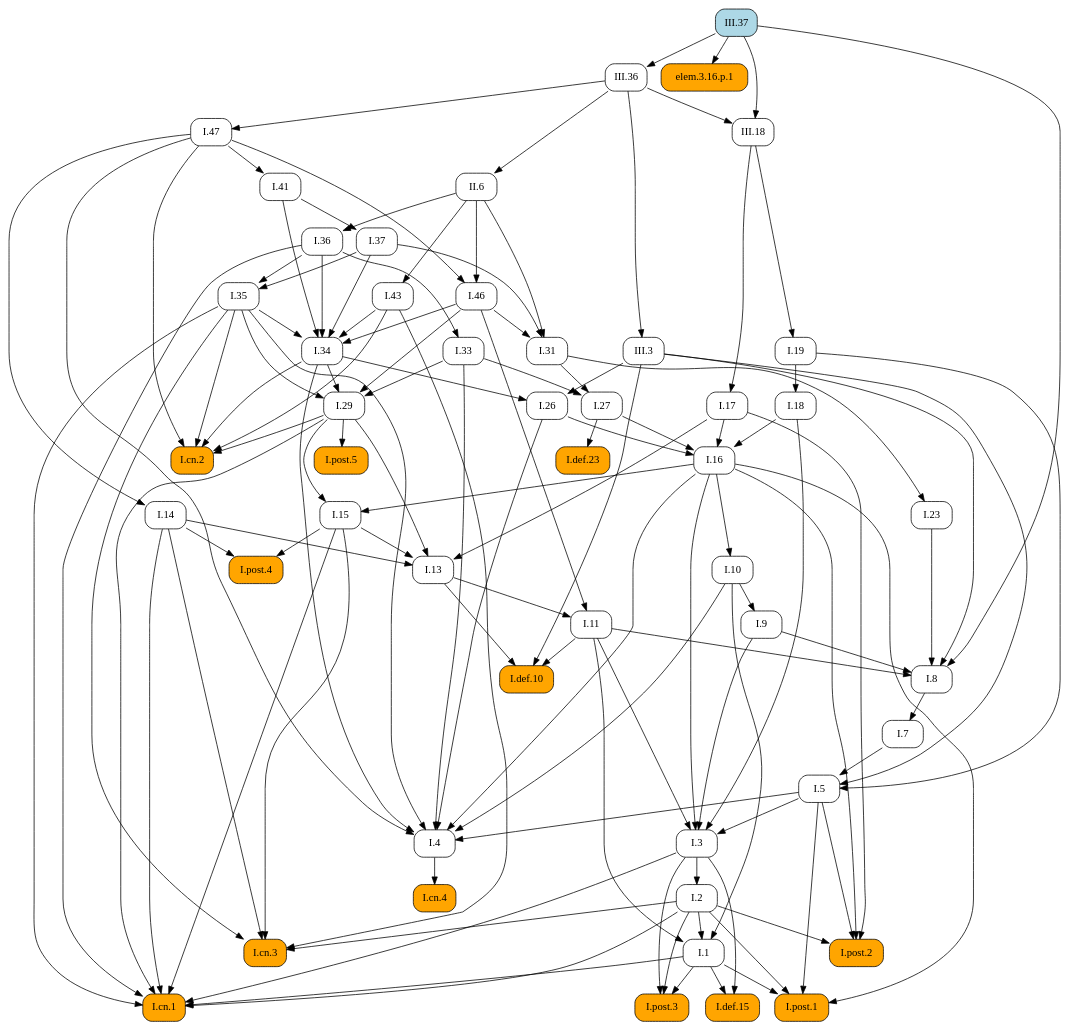
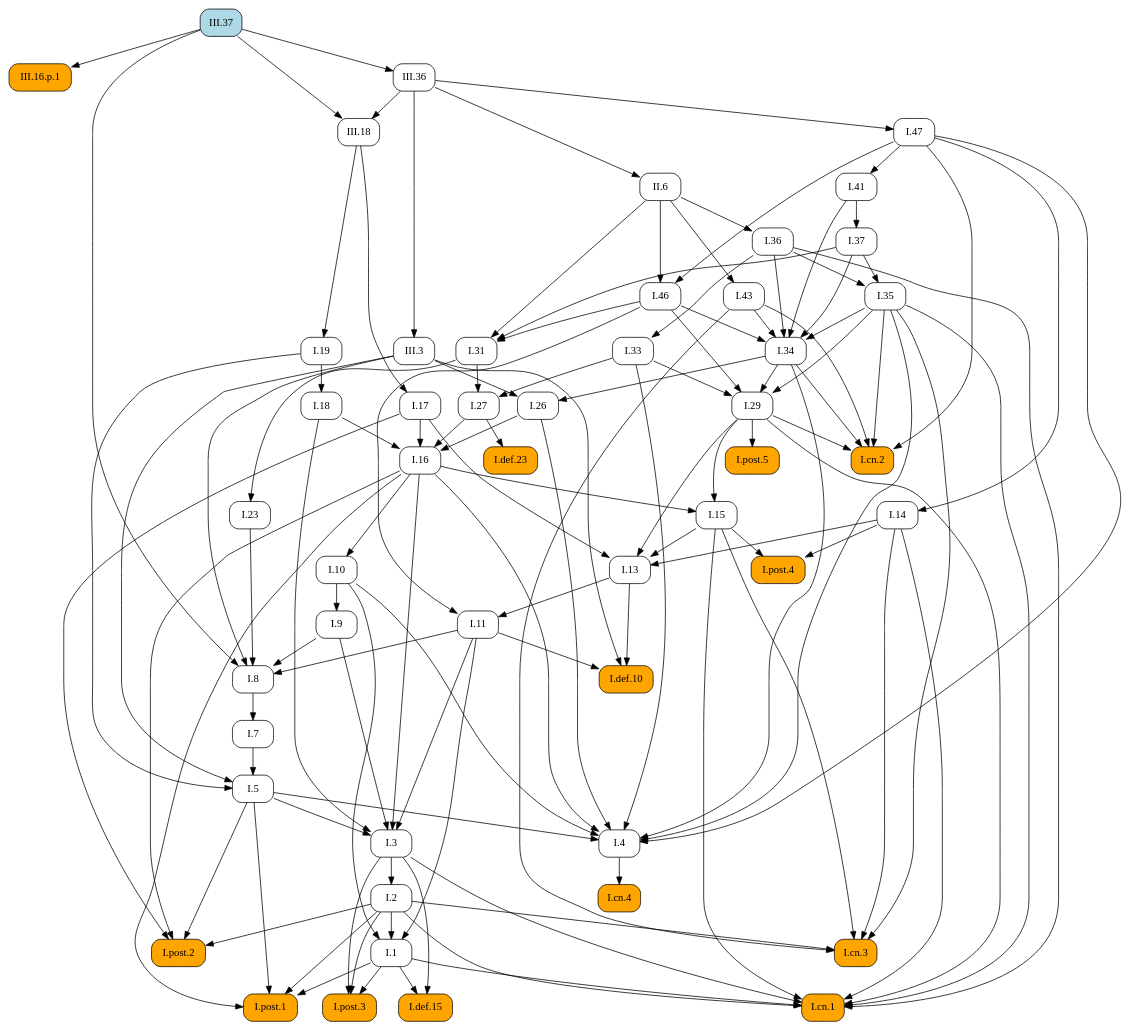
The diagram in docsrc/heath/III/37/index.rst (geometor/elements), drawn with Graphviz before and after one commit. The commit also changed other lines of this file and 484 other files, not shown here.

```diff
--- a/docsrc/heath/III/37/index.rst
+++ b/docsrc/heath/III/37/index.rst
@@ -71,114 +71,82 @@
    digraph {
      rankdir="TB";
      node [shape=box, style=rounded];
+     "I.23" [URL="/heath/I/23/", target="_top"];
+     "I.9" [URL="/heath/I/9/", target="_top"];
+     "I.33" [URL="/heath/I/33/", target="_top"];
+     "III.16.p.1" [style="rounded,filled", fillcolor=orange];
+     "I.def.15" [style="rounded,filled", fillcolor=orange, URL="/heath/I/def.15/", target="_top"];
+     "I.47" [URL="/heath/I/47/", target="_top"];
+     "II.6" [URL="/heath/II/6/", target="_top"];
+     "I.post.3" [style="rounded,filled", fillcolor=orange, URL="/heath/I/post.3/", target="_top"];
+     "I.post.1" [style="rounded,filled", fillcolor=orange, URL="/heath/I/post.1/", target="_top"];
+     "I.19" [URL="/heath/I/19/", target="_top"];
+     "I.43" [URL="/heath/I/43/", target="_top"];
+     "I.31" [URL="/heath/I/31/", target="_top"];
      "I.def.10" [style="rounded,filled", fillcolor=orange, URL="/heath/I/def.10/", target="_top"];
-     "I.11" [URL="/heath/I/11/", target="_top"];
-     "I.post.4" [style="rounded,filled", fillcolor=orange, URL="/heath/I/post.4/", target="_top"];
-     "I.1" [URL="/heath/I/1/", target="_top"];
-     "I.26" [URL="/heath/I/26/", target="_top"];
-     "I.29" [URL="/heath/I/29/", target="_top"];
-     "I.cn.2" [style="rounded,filled", fillcolor=orange, URL="/heath/I/cn.2/", target="_top"];
      "I.18" [URL="/heath/I/18/", target="_top"];
-     "I.47" [URL="/heath/I/47/", target="_top"];
-     "I.def.15" [style="rounded,filled", fillcolor=orange, URL="/heath/I/def.15/", target="_top"];
-     "I.post.3" [style="rounded,filled", fillcolor=orange, URL="/heath/I/post.3/", target="_top"];
-     "I.cn.1" [style="rounded,filled", fillcolor=orange, URL="/heath/I/cn.1/", target="_top"];
-     "I.cn.3" [style="rounded,filled", fillcolor=orange, URL="/heath/I/cn.3/", target="_top"];
-     "III.36" [URL="/heath/III/36/", target="_top"];
+     "I.27" [URL="/heath/I/27/", target="_top"];
      "I.14" [URL="/heath/I/14/", target="_top"];
-     "I.23" [URL="/heath/I/23/", target="_top"];
-     "I.43" [URL="/heath/I/43/", target="_top"];
-     "elem.3.16.p.1" [style="rounded,filled", fillcolor=orange];
-     "I.post.1" [style="rounded,filled", fillcolor=orange, URL="/heath/I/post.1/", target="_top"];
-     "I.35" [URL="/heath/I/35/", target="_top"];
-     "I.41" [URL="/heath/I/41/", target="_top"];
-     "I.36" [URL="/heath/I/36/", target="_top"];
-     "I.46" [URL="/heath/I/46/", target="_top"];
-     "I.27" [URL="/heath/I/27/", target="_top"];
-     "I.7" [URL="/heath/I/7/", target="_top"];
      "I.34" [URL="/heath/I/34/", target="_top"];
      "I.3" [URL="/heath/I/3/", target="_top"];
+     "I.35" [URL="/heath/I/35/", target="_top"];
+     "I.cn.1" [style="rounded,filled", fillcolor=orange, URL="/heath/I/cn.1/", target="_top"];
+     "III.18" [URL="/heath/III/18/", target="_top"];
+     "I.7" [URL="/heath/I/7/", target="_top"];
+     "III.37" [style="rounded,filled", fillcolor=lightblue, URL="/heath/III/37/", target="_top"];
+     "I.2" [URL="/heath/I/2/", target="_top"];
+     "III.36" [URL="/heath/III/36/", target="_top"];
+     "I.36" [URL="/heath/I/36/", target="_top"];
+     "I.13" [URL="/heath/I/13/", target="_top"];
+     "I.post.4" [style="rounded,filled", fillcolor=orange, URL="/heath/I/post.4/", target="_top"];
+     "I.4" [URL="/heath/I/4/", target="_top"];
+     "I.1" [URL="/heath/I/1/", target="_top"];
+     "I.5" [URL="/heath/I/5/", target="_top"];
+     "I.17" [URL="/heath/I/17/", target="_top"];
+     "I.8" [URL="/heath/I/8/", target="_top"];
+     "III.3" [URL="/heath/III/3/", target="_top"];
      "I.37" [URL="/heath/I/37/", target="_top"];
-     "I.2" [URL="/heath/I/2/", target="_top"];
-     "I.4" [URL="/heath/I/4/", target="_top"];
+     "I.cn.3" [style="rounded,filled", fillcolor=orange, URL="/heath/I/cn.3/", target="_top"];
+     "I.29" [URL="/heath/I/29/", target="_top"];
+     "I.16" [URL="/heath/I/16/", target="_top"];
+     "I.15" [URL="/heath/I/15/", target="_top"];
+     "I.10" [URL="/heath/I/10/", target="_top"];
+     "I.11" [URL="/heath/I/11/", target="_top"];
      "I.def.23" [style="rounded,filled", fillcolor=orange, URL="/heath/I/def.23/", target="_top"];
-     "II.6" [URL="/heath/II/6/", target="_top"];
-     "I.13" [URL="/heath/I/13/", target="_top"];
-     "I.17" [URL="/heath/I/17/", target="_top"];
-     "I.33" [URL="/heath/I/33/", target="_top"];
+     "I.cn.2" [style="rounded,filled", fillcolor=orange, URL="/heath/I/cn.2/", target="_top"];
+     "I.post.5" [style="rounded,filled", fillcolor=orange, URL="/heath/I/post.5/", target="_top"];
+     "I.cn.4" [style="rounded,filled", fillcolor=orange, URL="/heath/I/cn.4/", target="_top"];
      "I.post.2" [style="rounded,filled", fillcolor=orange, URL="/heath/I/post.2/", target="_top"];
-     "I.31" [URL="/heath/I/31/", target="_top"];
-     "I.16" [URL="/heath/I/16/", target="_top"];
-     "I.19" [URL="/heath/I/19/", target="_top"];
-     "III.3" [URL="/heath/III/3/", target="_top"];
-     "I.9" [URL="/heath/I/9/", target="_top"];
-     "I.8" [URL="/heath/I/8/", target="_top"];
-     "III.37" [style="rounded,filled", fillcolor=lightblue, URL="/heath/III/37/", target="_top"];
-     "I.cn.4" [style="rounded,filled", fillcolor=orange, URL="/heath/I/cn.4/", target="_top"];
-     "I.15" [URL="/heath/I/15/", target="_top"];
-     "I.post.5" [style="rounded,filled", fillcolor=orange, URL="/heath/I/post.5/", target="_top"];
-     "I.10" [URL="/heath/I/10/", target="_top"];
-     "III.18" [URL="/heath/III/18/", target="_top"];
-     "I.5" [URL="/heath/I/5/", target="_top"];
-     "I.11" -> "I.def.10";
-     "I.13" -> "I.def.10";
-     "III.3" -> "I.def.10";
-     "I.13" -> "I.11";
-     "I.46" -> "I.11";
-     "I.14" -> "I.post.4";
-     "I.15" -> "I.post.4";
-     "I.2" -> "I.1";
-     "I.10" -> "I.1";
-     "I.11" -> "I.1";
-     "I.34" -> "I.26";
-     "III.3" -> "I.26";
-     "I.33" -> "I.29";
-     "I.34" -> "I.29";
-     "I.35" -> "I.29";
-     "I.46" -> "I.29";
-     "I.29" -> "I.cn.2";
-     "I.34" -> "I.cn.2";
-     "I.35" -> "I.cn.2";
-     "I.43" -> "I.cn.2";
-     "I.47" -> "I.cn.2";
-     "I.19" -> "I.18";
-     "III.36" -> "I.47";
+     "I.41" [URL="/heath/I/41/", target="_top"];
+     "I.46" [URL="/heath/I/46/", target="_top"];
+     "I.26" [URL="/heath/I/26/", target="_top"];
+     "I.31" -> "I.23";
+     "I.10" -> "I.9";
+     "I.36" -> "I.33";
+     "III.37" -> "III.16.p.1";
      "I.1" -> "I.def.15";
      "I.3" -> "I.def.15";
+     "III.36" -> "I.47";
+     "III.36" -> "II.6";
      "I.1" -> "I.post.3";
      "I.2" -> "I.post.3";
      "I.3" -> "I.post.3";
-     "I.1" -> "I.cn.1";
-     "I.2" -> "I.cn.1";
-     "I.3" -> "I.cn.1";
-     "I.14" -> "I.cn.1";
-     "I.15" -> "I.cn.1";
-     "I.29" -> "I.cn.1";
-     "I.35" -> "I.cn.1";
-     "I.36" -> "I.cn.1";
-     "I.2" -> "I.cn.3";
-     "I.14" -> "I.cn.3";
-     "I.15" -> "I.cn.3";
-     "I.35" -> "I.cn.3";
-     "I.43" -> "I.cn.3";
-     "III.37" -> "III.36";
-     "I.47" -> "I.14";
-     "I.31" -> "I.23";
-     "II.6" -> "I.43";
-     "III.37" -> "elem.3.16.p.1";
      "I.1" -> "I.post.1";
      "I.2" -> "I.post.1";
      "I.5" -> "I.post.1";
      "I.16" -> "I.post.1";
-     "I.36" -> "I.35";
-     "I.37" -> "I.35";
-     "I.47" -> "I.41";
-     "II.6" -> "I.36";
-     "I.47" -> "I.46";
-     "II.6" -> "I.46";
+     "III.18" -> "I.19";
+     "II.6" -> "I.43";
+     "I.37" -> "I.31";
+     "I.46" -> "I.31";
+     "II.6" -> "I.31";
+     "I.11" -> "I.def.10";
+     "I.13" -> "I.def.10";
+     "III.3" -> "I.def.10";
+     "I.19" -> "I.18";
      "I.31" -> "I.27";
      "I.33" -> "I.27";
-     "I.8" -> "I.7";
+     "I.47" -> "I.14";
      "I.35" -> "I.34";
      "I.36" -> "I.34";
      "I.37" -> "I.34";
@@ -190,8 +158,28 @@
      "I.11" -> "I.3";
      "I.16" -> "I.3";
      "I.18" -> "I.3";
-     "I.41" -> "I.37";
+     "I.36" -> "I.35";
+     "I.37" -> "I.35";
+     "I.1" -> "I.cn.1";
+     "I.2" -> "I.cn.1";
+     "I.3" -> "I.cn.1";
+     "I.14" -> "I.cn.1";
+     "I.15" -> "I.cn.1";
+     "I.29" -> "I.cn.1";
+     "I.35" -> "I.cn.1";
+     "I.36" -> "I.cn.1";
+     "III.36" -> "III.18";
+     "III.37" -> "III.18";
+     "I.8" -> "I.7";
      "I.3" -> "I.2";
+     "III.37" -> "III.36";
+     "II.6" -> "I.36";
+     "I.14" -> "I.13";
+     "I.15" -> "I.13";
+     "I.17" -> "I.13";
+     "I.29" -> "I.13";
+     "I.14" -> "I.post.4";
+     "I.15" -> "I.post.4";
      "I.5" -> "I.4";
      "I.10" -> "I.4";
      "I.16" -> "I.4";
@@ -200,41 +188,53 @@
      "I.34" -> "I.4";
      "I.35" -> "I.4";
      "I.47" -> "I.4";
-     "I.27" -> "I.def.23";
-     "III.36" -> "II.6";
-     "I.14" -> "I.13";
-     "I.15" -> "I.13";
-     "I.17" -> "I.13";
-     "I.29" -> "I.13";
+     "I.2" -> "I.1";
+     "I.10" -> "I.1";
+     "I.11" -> "I.1";
+     "I.7" -> "I.5";
+     "I.19" -> "I.5";
+     "III.3" -> "I.5";
      "III.18" -> "I.17";
-     "I.36" -> "I.33";
-     "I.2" -> "I.post.2";
-     "I.5" -> "I.post.2";
-     "I.16" -> "I.post.2";
-     "I.17" -> "I.post.2";
-     "I.37" -> "I.31";
-     "I.46" -> "I.31";
-     "II.6" -> "I.31";
-     "I.17" -> "I.16";
-     "I.18" -> "I.16";
-     "I.26" -> "I.16";
-     "I.27" -> "I.16";
-     "III.18" -> "I.19";
-     "III.36" -> "III.3";
-     "I.10" -> "I.9";
      "I.9" -> "I.8";
      "I.11" -> "I.8";
      "I.23" -> "I.8";
      "III.3" -> "I.8";
      "III.37" -> "I.8";
-     "I.4" -> "I.cn.4";
+     "III.36" -> "III.3";
+     "I.41" -> "I.37";
+     "I.2" -> "I.cn.3";
+     "I.14" -> "I.cn.3";
+     "I.15" -> "I.cn.3";
+     "I.35" -> "I.cn.3";
+     "I.43" -> "I.cn.3";
+     "I.33" -> "I.29";
+     "I.34" -> "I.29";
+     "I.35" -> "I.29";
+     "I.46" -> "I.29";
+     "I.17" -> "I.16";
+     "I.18" -> "I.16";
+     "I.26" -> "I.16";
+     "I.27" -> "I.16";
      "I.16" -> "I.15";
      "I.29" -> "I.15";
+     "I.16" -> "I.10";
+     "I.13" -> "I.11";
+     "I.46" -> "I.11";
+     "I.27" -> "I.def.23";
+     "I.29" -> "I.cn.2";
+     "I.34" -> "I.cn.2";
+     "I.35" -> "I.cn.2";
+     "I.43" -> "I.cn.2";
+     "I.47" -> "I.cn.2";
      "I.29" -> "I.post.5";
-     "I.16" -> "I.10";
-     "III.36" -> "III.18";
-     "III.37" -> "III.18";
-     "I.7" -> "I.5";
-     "I.19" -> "I.5";
-     "III.3" -> "I.5";
+     "I.4" -> "I.cn.4";
+     "I.2" -> "I.post.2";
+     "I.5" -> "I.post.2";
+     "I.16" -> "I.post.2";
+     "I.17" -> "I.post.2";
+     "I.47" -> "I.41";
+     "I.47" -> "I.46";
+     "II.6" -> "I.46";
+     "I.34" -> "I.26";
+     "III.3" -> "I.26";
    }
```
